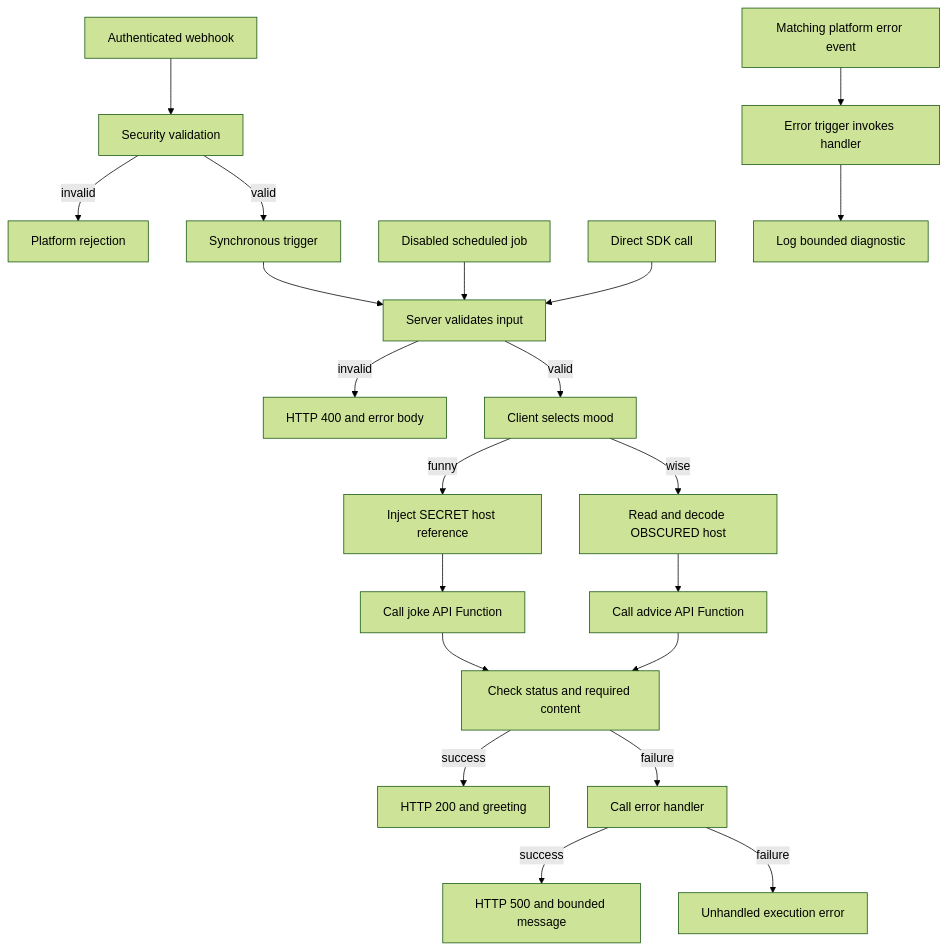
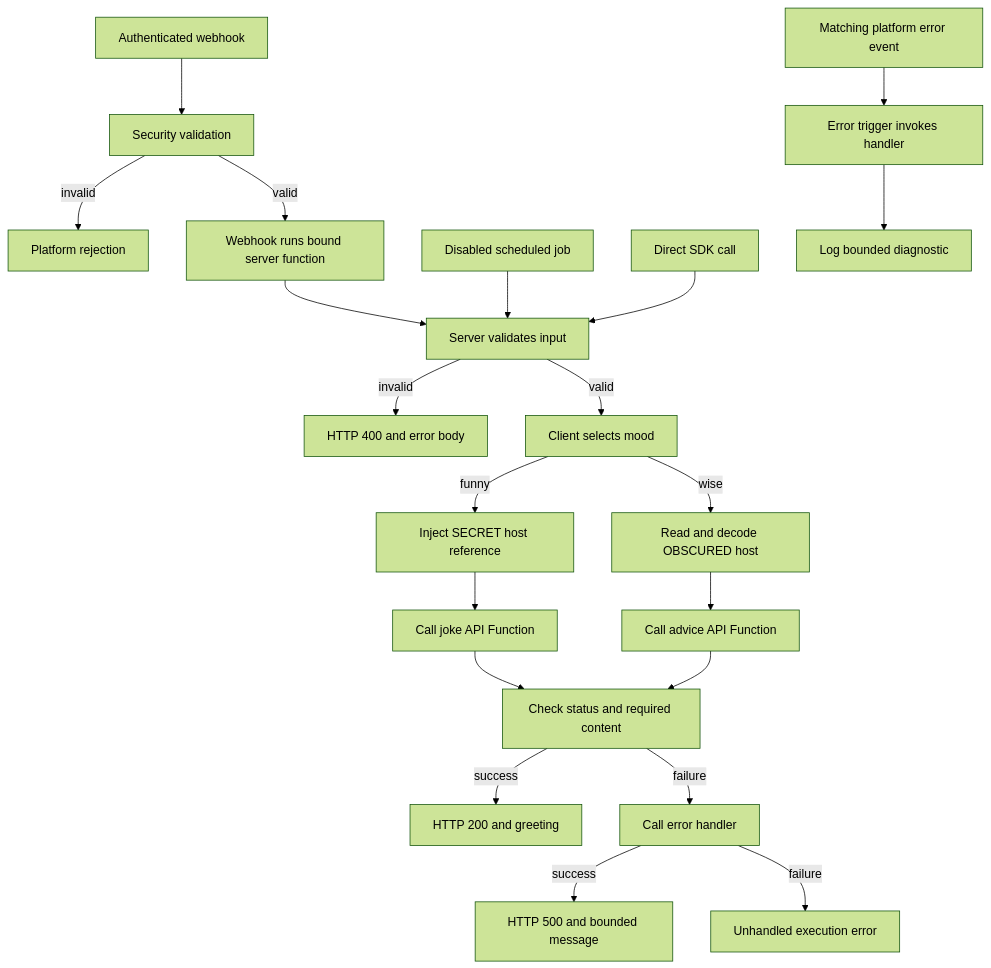
Before and after one commit to polyapi/poly-py-project-template: the first of 2 diagrams in workflows/src/sample_workflow/OVERVIEW.md, drawn with Mermaid (forest theme). The commit also changed other lines of this file and 12 other files, not shown here.

First line of the commit message:
Reject triggers on bound webhooks and bind the sample webhook directly

````diff
--- a/workflows/src/sample_workflow/OVERVIEW.md
+++ b/workflows/src/sample_workflow/OVERVIEW.md
@@ -13,23 +13,23 @@
 ```mermaid
 flowchart TD
     W[Authenticated webhook] --> V[Security validation]
     V -->|invalid| R[Platform rejection]
-    V -->|valid| T[Synchronous trigger]
+    V -->|valid| T[Webhook runs bound server function]
     T --> S[Server validates input]
     J[Disabled scheduled job] --> S
     D[Direct SDK call] --> S
     S -->|invalid| B[HTTP 400 and error body]
     S -->|valid| C[Client selects mood]
     C -->|funny| I[Inject SECRET host reference]
     C -->|wise| O[Read and decode OBSCURED host]
     I --> A[Call joke API Function]
     O --> P[Call advice API Function]
     A --> Q[Check status and required content]
     P --> Q
     Q -->|success| G[HTTP 200 and greeting]
     Q -->|failure| E[Call error handler]
     E -->|success| F[HTTP 500 and bounded message]
     E -->|failure| U[Unhandled execution error]
     X[Matching platform error event] --> H[Error trigger invokes handler]
     H --> L[Log bounded diagnostic]
 ```
````
